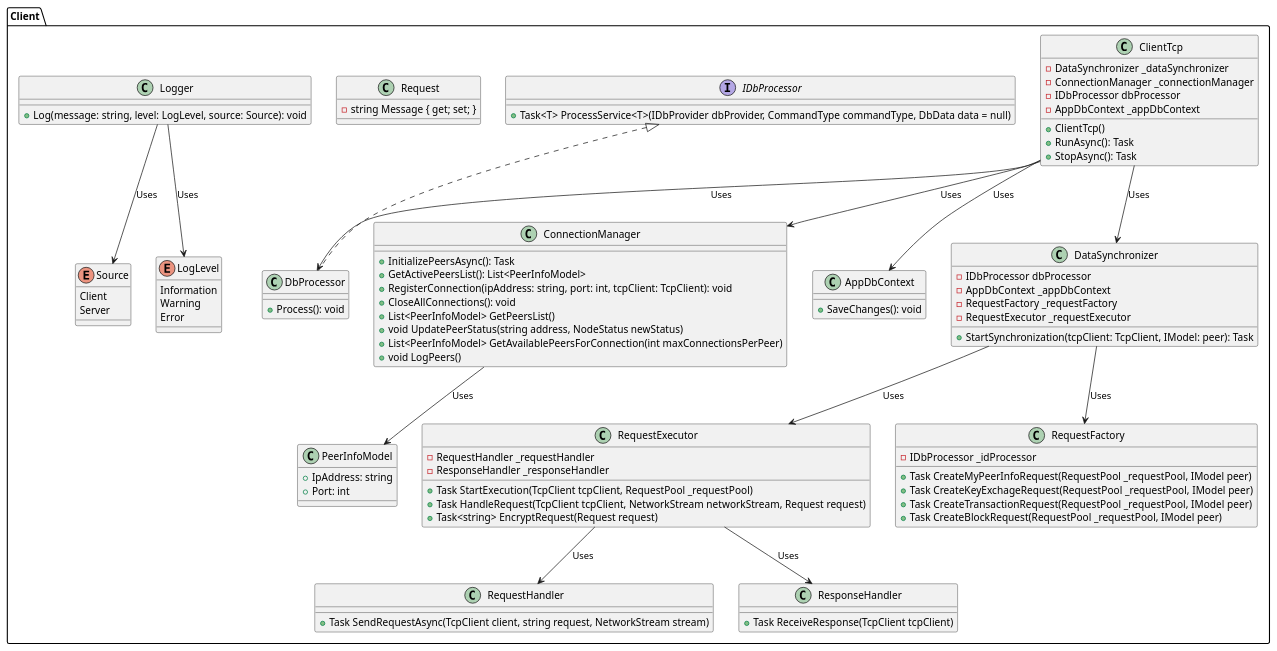
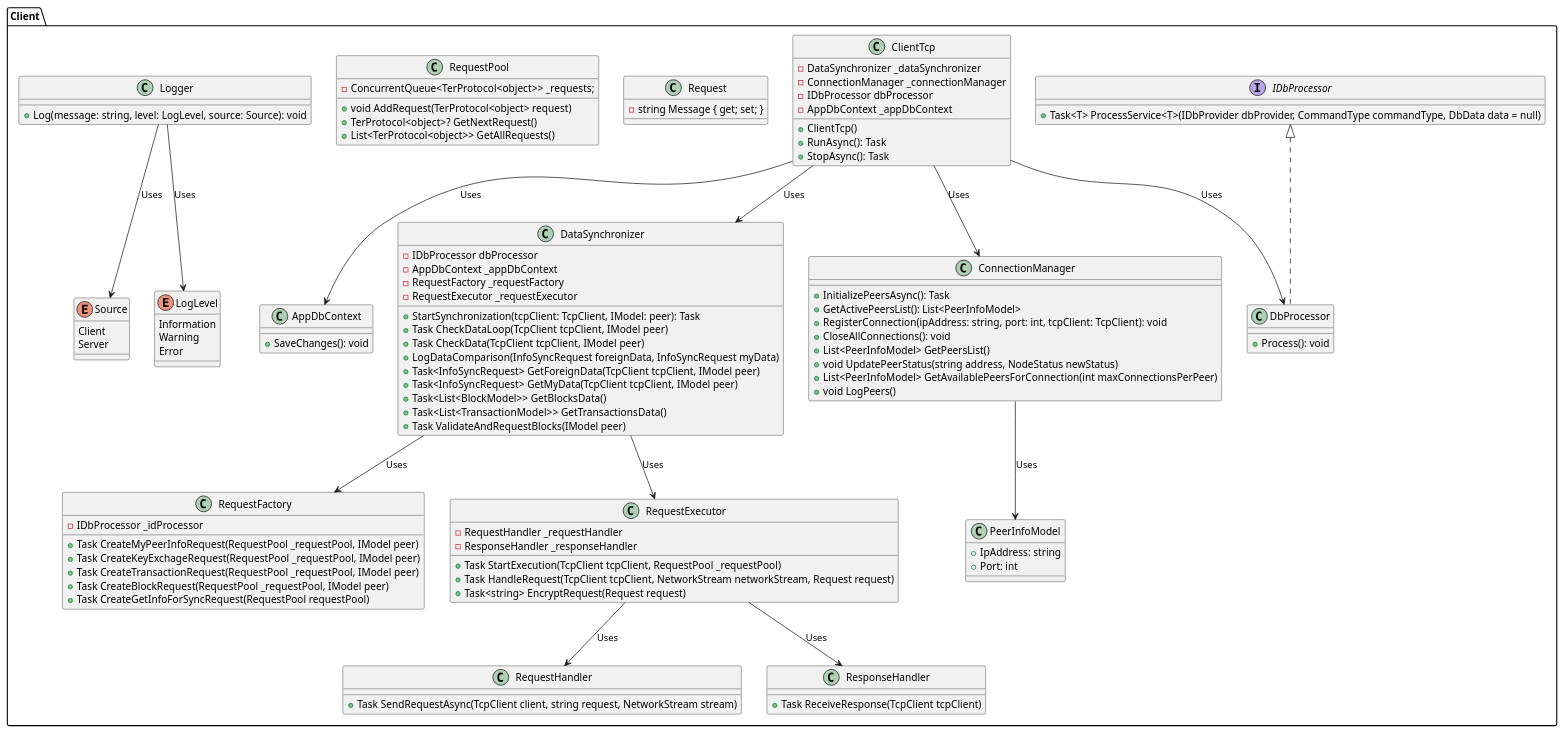
One commit to KyryloShestakov/Termite_2.0 changed the diagram in Client/Client-uml-diagram.puml. Above: the diagram before and after it, drawn with PlantUML. The commit also changed 62 other files, not shown here.

```diff
--- a/Client/Client-uml-diagram.puml
+++ b/Client/Client-uml-diagram.puml
@@ -1,113 +1,129 @@
 @startuml
 
 package "Client" {
     class ClientTcp {
         -DataSynchronizer _dataSynchronizer
         -ConnectionManager _connectionManager
         -IDbProcessor dbProcessor
         -AppDbContext _appDbContext
         +ClientTcp()
         +RunAsync(): Task
         +StopAsync(): Task
     }
     
     interface IDbProcessor {
         +Task<T> ProcessService<T>(IDbProvider dbProvider, CommandType commandType, DbData data = null)
     }
 
     class DataSynchronizer {
         -IDbProcessor dbProcessor
         -AppDbContext _appDbContext
         -RequestFactory _requestFactory
         -RequestExecutor _requestExecutor
         +StartSynchronization(tcpClient: TcpClient, IModel: peer): Task
+        +Task CheckDataLoop(TcpClient tcpClient, IModel peer)
+        +Task CheckData(TcpClient tcpClient, IModel peer)
+        +LogDataComparison(InfoSyncRequest foreignData, InfoSyncRequest myData)
+        +Task<InfoSyncRequest> GetForeignData(TcpClient tcpClient, IModel peer)
+        +Task<InfoSyncRequest> GetMyData(TcpClient tcpClient, IModel peer)
+        +Task<List<BlockModel>> GetBlocksData()
+        +Task<List<TransactionModel>> GetTransactionsData()
+        +Task ValidateAndRequestBlocks(IModel peer)
     }
     
     class RequestExecutor {
         - RequestHandler _requestHandler
         - ResponseHandler _responseHandler
         + Task StartExecution(TcpClient tcpClient, RequestPool _requestPool)
         + Task HandleRequest(TcpClient tcpClient, NetworkStream networkStream, Request request)
         + Task<string> EncryptRequest(Request request)
         
     }
     
     class RequestHandler {
         + Task SendRequestAsync(TcpClient client, string request, NetworkStream stream)
     }
     
     class ResponseHandler {
         + Task ReceiveResponse(TcpClient tcpClient)
     }
 
     class ConnectionManager {
         +InitializePeersAsync(): Task
         +GetActivePeersList(): List<PeerInfoModel>
         +RegisterConnection(ipAddress: string, port: int, tcpClient: TcpClient): void
         +CloseAllConnections(): void
         +List<PeerInfoModel> GetPeersList()
         +void UpdatePeerStatus(string address, NodeStatus newStatus)
         +List<PeerInfoModel> GetAvailablePeersForConnection(int maxConnectionsPerPeer)
         +void LogPeers()
         
     }
     
     class Request {
         -string Message { get; set; }
     }
     
     class RequestFactory {
         -IDbProcessor _idProcessor
         + Task CreateMyPeerInfoRequest(RequestPool _requestPool, IModel peer)
         + Task CreateKeyExchageRequest(RequestPool _requestPool, IModel peer)
         + Task CreateTransactionRequest(RequestPool _requestPool, IModel peer)
         + Task CreateBlockRequest(RequestPool _requestPool, IModel peer)
+        + Task CreateGetInfoForSyncRequest(RequestPool requestPool)
+    }
+    
+    class RequestPool {
+        -ConcurrentQueue<TerProtocol<object>> _requests;
+        +void AddRequest(TerProtocol<object> request)
+        +TerProtocol<object>? GetNextRequest()
+        +List<TerProtocol<object>> GetAllRequests()
     }
 
     class DbProcessor implements IDbProcessor {
         +Process(): void
     }
 
     class AppDbContext {
         +SaveChanges(): void
     }
 
     class Logger {
         +Log(message: string, level: LogLevel, source: Source): void
     }
 
     class PeerInfoModel {
         +IpAddress: string
         +Port: int
     }
 
     enum LogLevel {
         Information
         Warning
         Error
     }
 
     enum Source {
         Client
         Server
     }
     
    
 }
 
 ClientTcp --> DataSynchronizer : Uses
 ClientTcp --> ConnectionManager : Uses
 ClientTcp --> DbProcessor : Uses
 ClientTcp --> AppDbContext : Uses
 
 DataSynchronizer --> RequestFactory : Uses
 DataSynchronizer --> RequestExecutor : Uses
 
 RequestExecutor --> RequestHandler : Uses
 RequestExecutor --> ResponseHandler : Uses
 
 ConnectionManager --> PeerInfoModel : Uses
 Logger --> LogLevel : Uses
 Logger --> Source : Uses
 
 @enduml
```
